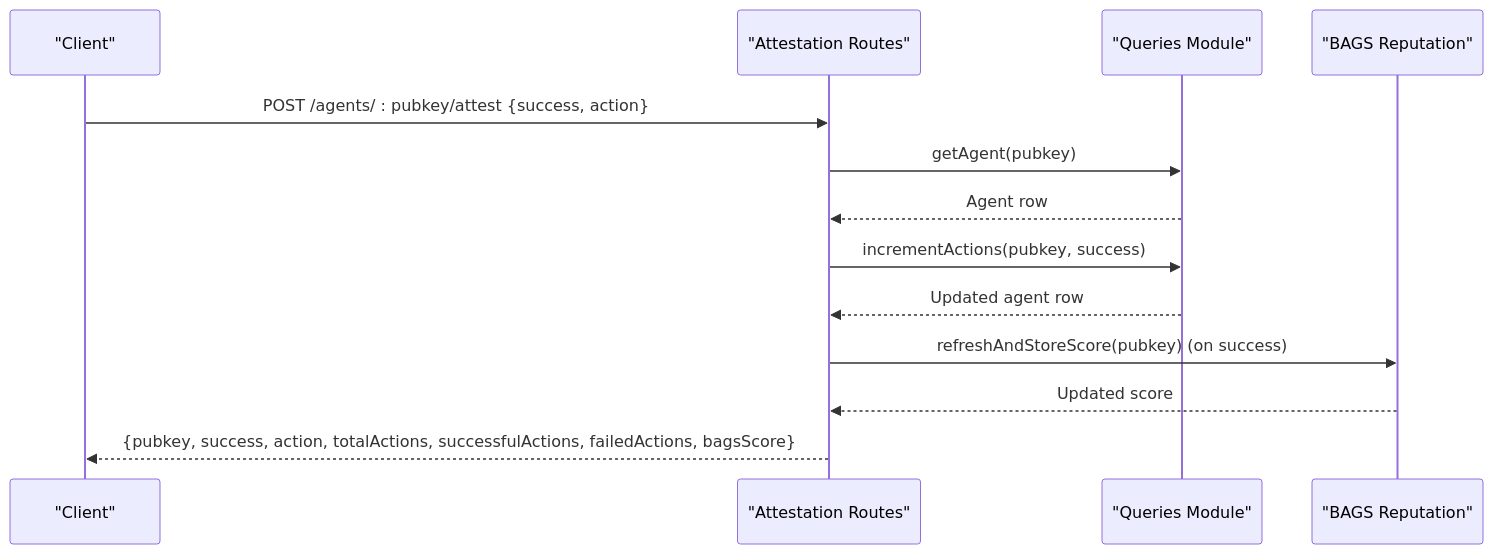
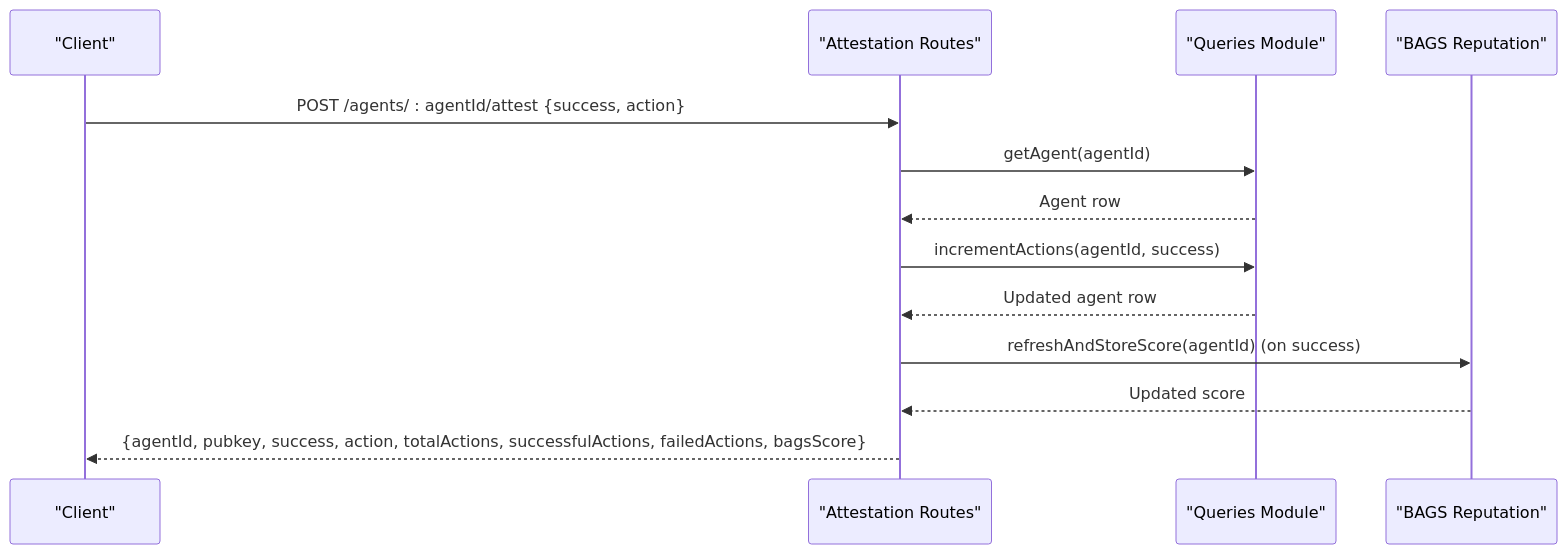
Before and after one commit to RunTimeAdmin/AgentID: the seventh of 10 diagrams in .qoder/repowiki/en/content/Backend API Reference/Discovery & Registry Endpoints.md, drawn with Mermaid. The commit also changed other lines of this file and 31 other files, not shown here.

````diff
--- a/.qoder/repowiki/en/content/Backend API Reference/Discovery & Registry Endpoints.md
+++ b/.qoder/repowiki/en/content/Backend API Reference/Discovery & Registry Endpoints.md
@@ -283,15 +333,15 @@
 ```mermaid
 sequenceDiagram
 participant Client as "Client"
 participant Attest as "Attestation Routes"
 participant Queries as "Queries Module"
 participant Reputation as "BAGS Reputation"
-Client->>Attest : POST /agents/ : pubkey/attest {success, action}
-Attest->>Queries : getAgent(pubkey)
+Client->>Attest : POST /agents/ : agentId/attest {success, action}
+Attest->>Queries : getAgent(agentId)
 Queries-->>Attest : Agent row
-Attest->>Queries : incrementActions(pubkey, success)
+Attest->>Queries : incrementActions(agentId, success)
 Queries-->>Attest : Updated agent row
-Attest->>Reputation : refreshAndStoreScore(pubkey) (on success)
+Attest->>Reputation : refreshAndStoreScore(agentId) (on success)
 Reputation-->>Attest : Updated score
-Attest-->>Client : {pubkey, success, action, totalActions, successfulActions, failedActions, bagsScore}
+Attest-->>Client : {agentId, pubkey, success, action, totalActions, successfulActions, failedActions, bagsScore}
 ```
````
